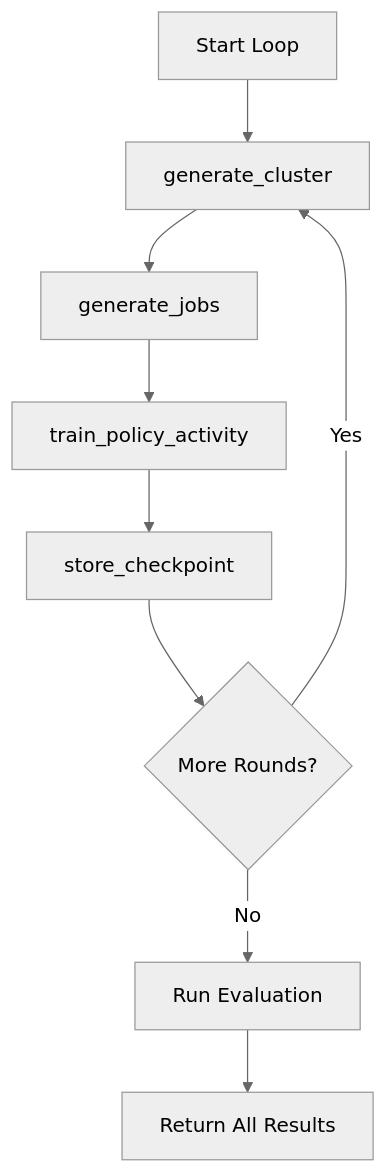
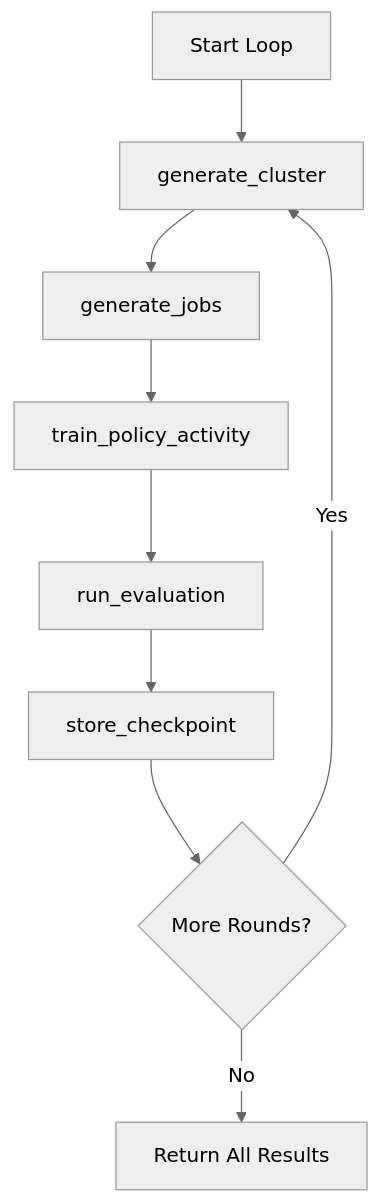
Before and after one commit to singbar/rl_demo: the third of 3 diagrams in README.md, drawn with Mermaid (neutral theme). The commit also changed other lines of this file, not shown here.

````diff
--- a/README.md
+++ b/README.md
@@ -51,11 +52,11 @@
 ```mermaid
 graph TD
     A[Start Loop] --> B[generate_cluster]
     B --> C[generate_jobs]
     C --> D[train_policy_activity]
-    D --> E[store_checkpoint]
-    E --> F{More Rounds?}
-    F -- Yes --> B
-    F -- No --> G[Run Evaluation]
-    G --> H[Return All Results]
+    D --> E[run_evaluation]
+    E--> F[store_checkpoint]
+    F --> G{More Rounds?}
+    G -- Yes --> B
+    G -- No --> H[Return All Results]
 ```
````
